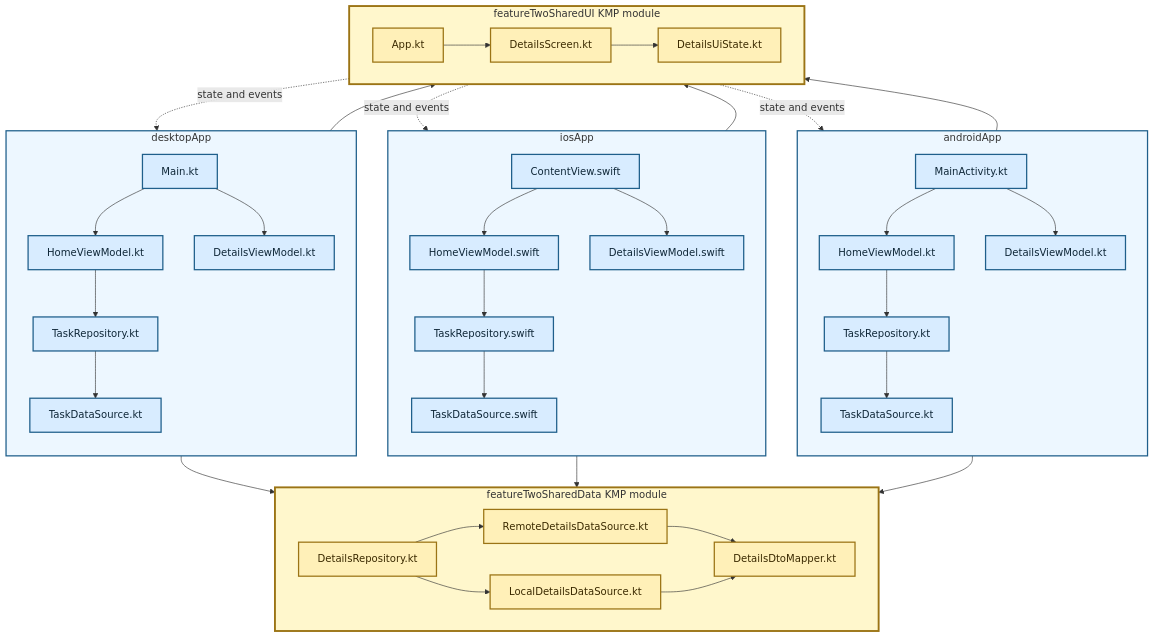
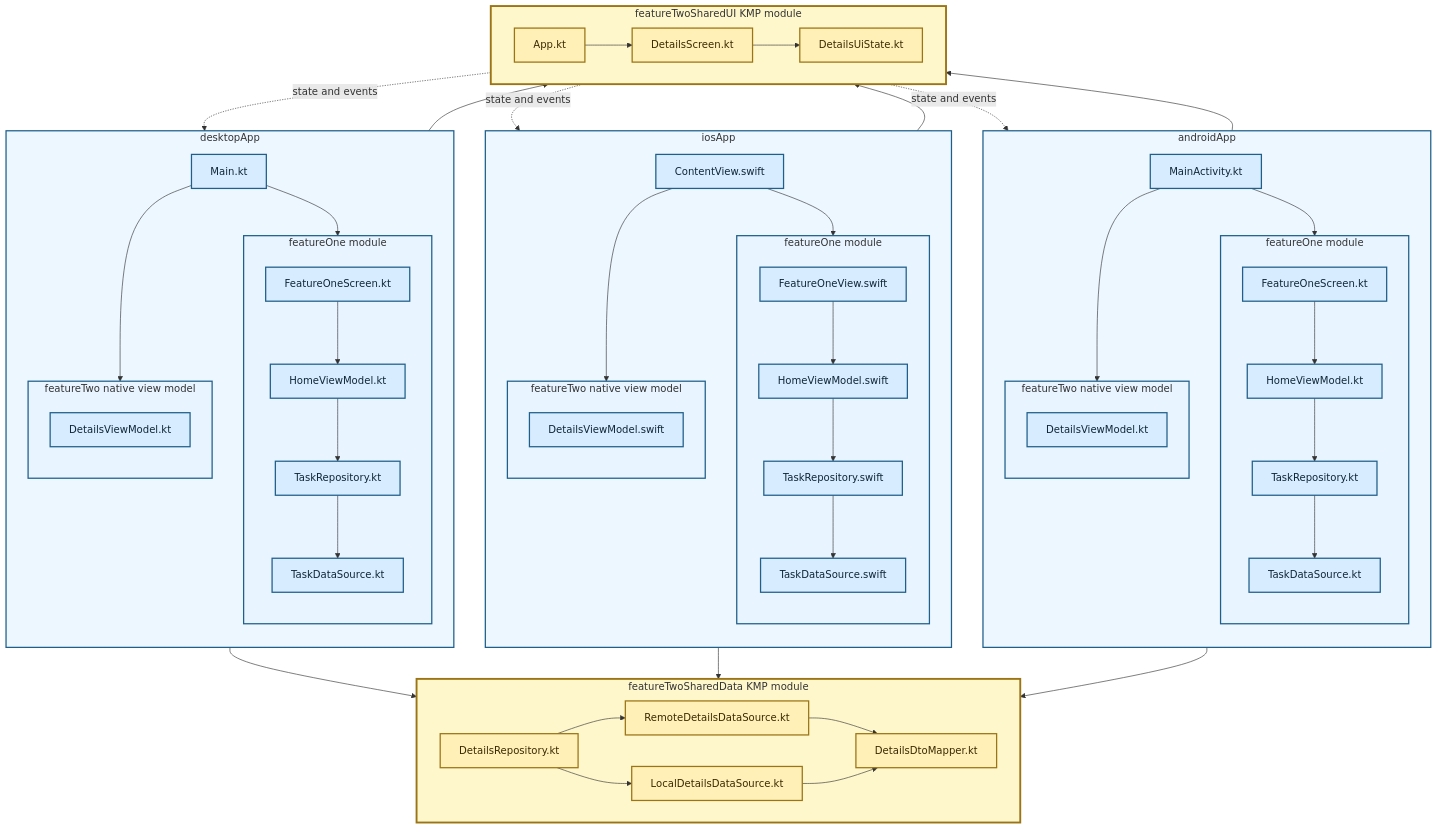
One commit to TheSetox/kmp-sample-diagrams changed the diagram in diagrams/13-modular-kmp-ui-data-layer.md. Above: the diagram before and after it, drawn with Mermaid. The commit also changed 126 other files, not shown here.

Commit message:
sample: separate modular feature one slices

````diff
--- a/diagrams/13-modular-kmp-ui-data-layer.md
+++ b/diagrams/13-modular-kmp-ui-data-layer.md
@@ -7,33 +7,57 @@
   subgraph Android["androidApp"]
     direction TB
     AEntry["MainActivity.kt"]
-    AHomeVM["HomeViewModel.kt"]
-    ATaskRepository["TaskRepository.kt"]
-    ATaskDataSource["TaskDataSource.kt"]
-    ADetailsVM["DetailsViewModel.kt"]
-    AEntry --> AHomeVM --> ATaskRepository --> ATaskDataSource
+    subgraph AFeatureOne["featureOne module"]
+      direction TB
+      AHomeUI["FeatureOneScreen.kt"]
+      AHomeVM["HomeViewModel.kt"]
+      ATaskRepository["TaskRepository.kt"]
+      ATaskDataSource["TaskDataSource.kt"]
+      AHomeUI --> AHomeVM --> ATaskRepository --> ATaskDataSource
+    end
+    subgraph AFeatureTwo["featureTwo native view model"]
+      direction TB
+      ADetailsVM["DetailsViewModel.kt"]
+    end
+    AEntry --> AHomeUI
     AEntry --> ADetailsVM
   end
 
   subgraph IOS["iosApp"]
     direction TB
     IEntry["ContentView.swift"]
-    IHomeVM["HomeViewModel.swift"]
-    ITaskRepository["TaskRepository.swift"]
-    ITaskDataSource["TaskDataSource.swift"]
-    IDetailsVM["DetailsViewModel.swift"]
-    IEntry --> IHomeVM --> ITaskRepository --> ITaskDataSource
+    subgraph IFeatureOne["featureOne module"]
+      direction TB
+      IHomeUI["FeatureOneView.swift"]
+      IHomeVM["HomeViewModel.swift"]
+      ITaskRepository["TaskRepository.swift"]
+      ITaskDataSource["TaskDataSource.swift"]
+      IHomeUI --> IHomeVM --> ITaskRepository --> ITaskDataSource
+    end
+    subgraph IFeatureTwo["featureTwo native view model"]
+      direction TB
+      IDetailsVM["DetailsViewModel.swift"]
+    end
+    IEntry --> IHomeUI
     IEntry --> IDetailsVM
   end
 
   subgraph Desktop["desktopApp"]
     direction TB
     DEntry["Main.kt"]
-    DHomeVM["HomeViewModel.kt"]
-    DTaskRepository["TaskRepository.kt"]
-    DTaskDataSource["TaskDataSource.kt"]
-    DDetailsVM["DetailsViewModel.kt"]
-    DEntry --> DHomeVM --> DTaskRepository --> DTaskDataSource
+    subgraph DFeatureOne["featureOne module"]
+      direction TB
+      DHomeUI["FeatureOneScreen.kt"]
+      DHomeVM["HomeViewModel.kt"]
+      DTaskRepository["TaskRepository.kt"]
+      DTaskDataSource["TaskDataSource.kt"]
+      DHomeUI --> DHomeVM --> DTaskRepository --> DTaskDataSource
+    end
+    subgraph DFeatureTwo["featureTwo native view model"]
+      direction TB
+      DDetailsVM["DetailsViewModel.kt"]
+    end
+    DEntry --> DHomeUI
     DEntry --> DDetailsVM
   end
 
@@ -69,11 +93,17 @@
 
   classDef app fill:#d8ecff,stroke:#1f5f8b,color:#0f2738,stroke-width:2px;
   classDef kmp fill:#fff0b8,stroke:#9b7415,color:#3b2a00,stroke-width:2px;
-  class AEntry,AHomeVM,ATaskRepository,ATaskDataSource,ADetailsVM,IEntry,IHomeVM,ITaskRepository,ITaskDataSource,IDetailsVM,DEntry,DHomeVM,DTaskRepository,DTaskDataSource,DDetailsVM app;
+  class AEntry,AHomeUI,AHomeVM,ATaskRepository,ATaskDataSource,ADetailsVM,IEntry,IHomeUI,IHomeVM,ITaskRepository,ITaskDataSource,IDetailsVM,DEntry,DHomeUI,DHomeVM,DTaskRepository,DTaskDataSource,DDetailsVM app;
   class App,Screen,State,Repository,Remote,Cache,Mapper kmp;
   style Android fill:#edf7ff,stroke:#1f5f8b,stroke-width:2px
   style IOS fill:#edf7ff,stroke:#1f5f8b,stroke-width:2px
   style Desktop fill:#edf7ff,stroke:#1f5f8b,stroke-width:2px
+  style AFeatureOne fill:#e8f4ff,stroke:#1f5f8b,stroke-width:2px
+  style AFeatureTwo fill:#e8f4ff,stroke:#1f5f8b,stroke-width:2px
+  style IFeatureOne fill:#e8f4ff,stroke:#1f5f8b,stroke-width:2px
+  style IFeatureTwo fill:#e8f4ff,stroke:#1f5f8b,stroke-width:2px
+  style DFeatureOne fill:#e8f4ff,stroke:#1f5f8b,stroke-width:2px
+  style DFeatureTwo fill:#e8f4ff,stroke:#1f5f8b,stroke-width:2px
   style UIKMP fill:#fff7cc,stroke:#9b7415,stroke-width:3px
   style DataKMP fill:#fff7cc,stroke:#9b7415,stroke-width:3px
 ```
````
